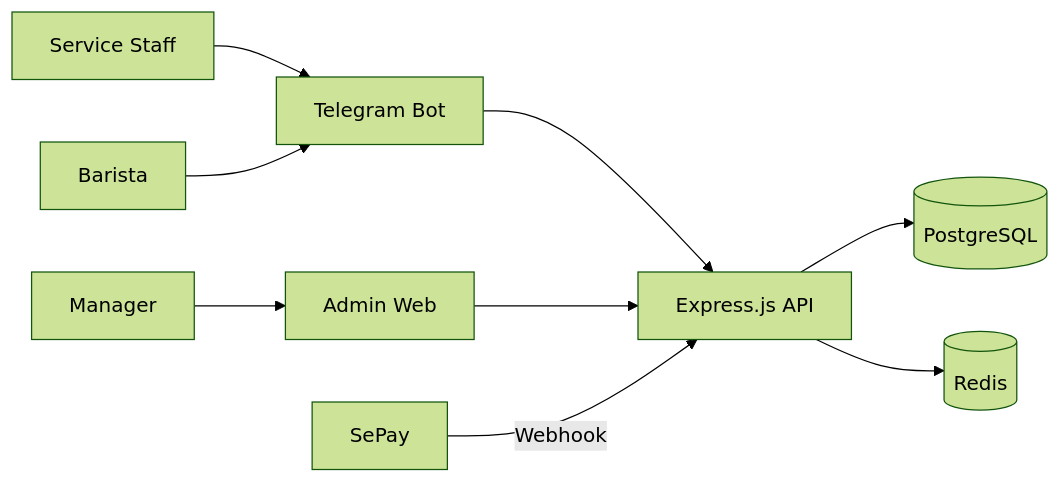
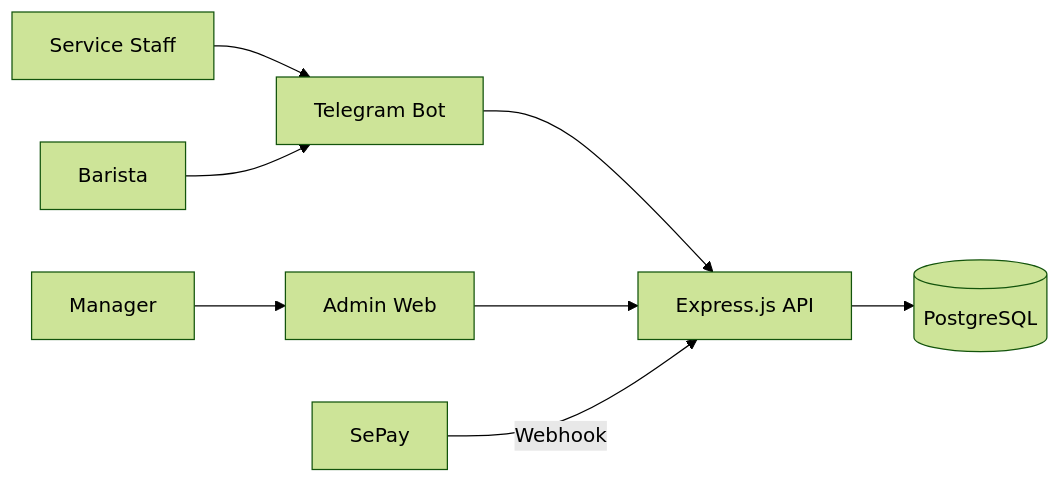
The first of 4 diagrams in README.md (danielnguyendbk/order-flow), drawn with Mermaid (forest theme) before and after one commit. The commit also changed other lines of this file, not shown here.

````diff
--- a/README.md
+++ b/README.md
@@ -28,13 +28,12 @@
 ``` mermaid
 graph LR
 A[Service Staff] --> B[Telegram Bot]
 C[Barista] --> B
 D[Manager] --> E[Admin Web]
 
 B --> F[Express.js API]
 E --> F
 
 F --> G[(PostgreSQL)]
-F --> H[(Redis)]
 I[SePay] -->|Webhook| F
 ```
````
